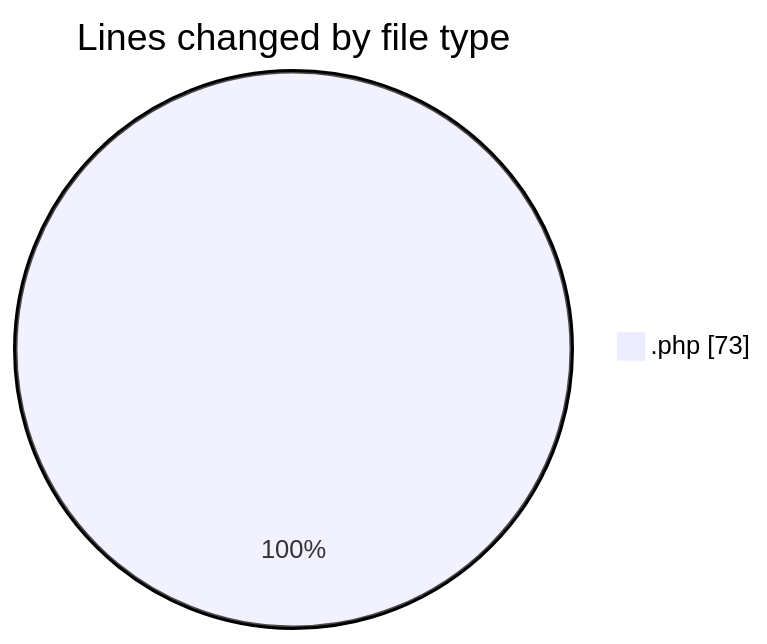
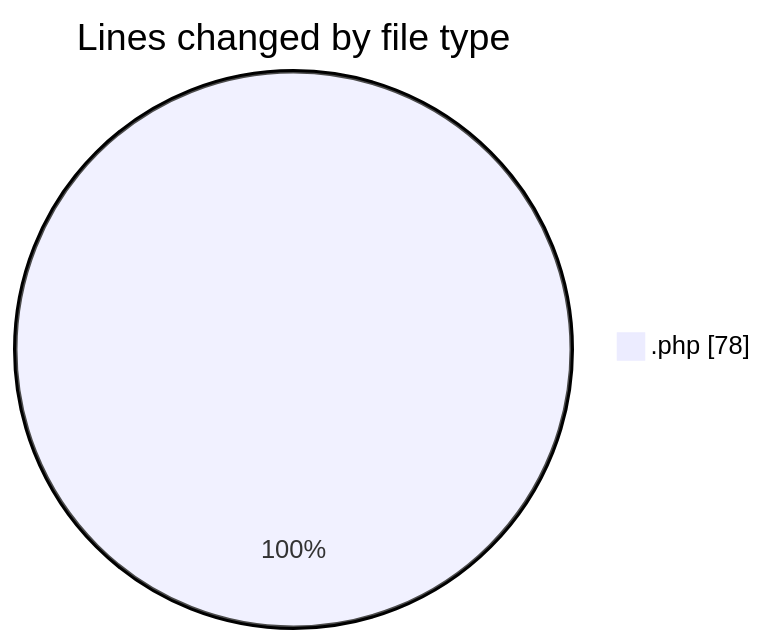
One commit to idhammustaqopulfikri/code-tracking changed the first of 2 diagrams in 2025-06-09/studio-backend/README.md. Above: the diagram before and after it, drawn with Mermaid. The commit also changed other lines of this file and 1 other file, not shown here.

````diff
--- a/2025-06-09/studio-backend/README.md
+++ b/2025-06-09/studio-backend/README.md
@@ -20,5 +20,5 @@
 ```mermaid
 pie showData
 title Lines changed by file type
-".php" : 73
+".php" : 78
 ```
````
